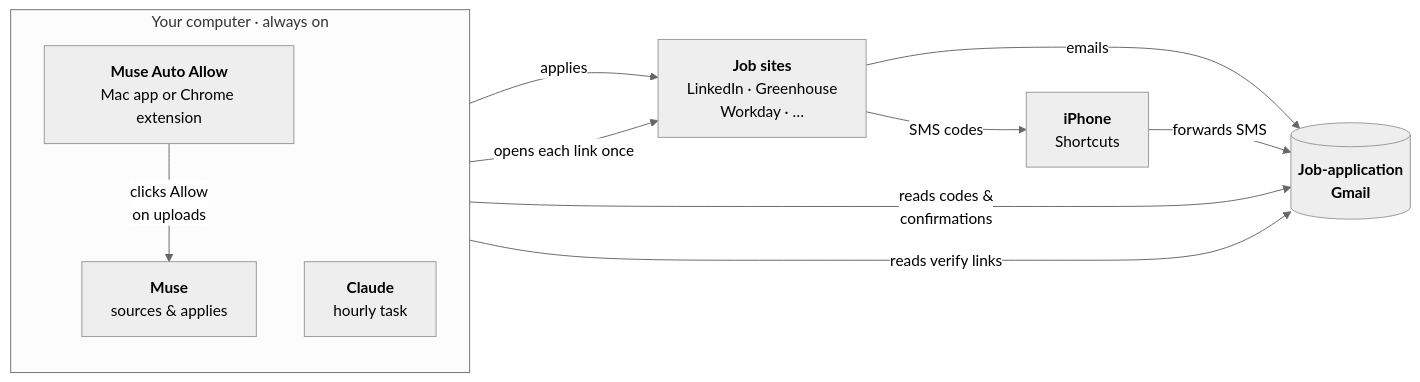
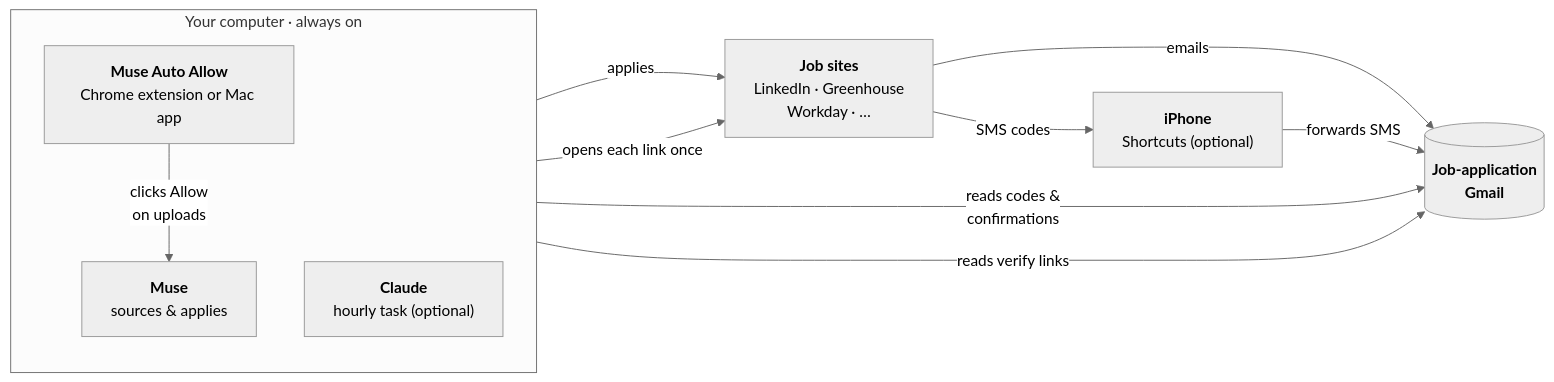
Before and after one commit to Dark417/muse-auto-job-apply: the diagram in README.en.md, drawn with Mermaid (neutral theme). The commit also changed other lines of this file and 4 other files, not shown here.

````diff
--- a/README.en.md
+++ b/README.en.md
@@ -37,22 +165,22 @@
 ```mermaid
 flowchart LR
     subgraph MAC["Your computer · always on"]
         direction TB
-        Allow["<b>Muse Auto Allow</b><br/>Mac app or Chrome extension"]
+        Allow["<b>Muse Auto Allow</b><br/>Chrome extension or Mac app"]
         Muse["<b>Muse</b><br/>sources &amp; applies"]
-        Claude["<b>Claude</b><br/>hourly task"]
+        Claude["<b>Claude</b><br/>hourly task (optional)"]
         Allow -- "clicks Allow<br/>on uploads" --> Muse
     end
 
     Jobs["<b>Job sites</b><br/>LinkedIn · Greenhouse<br/>Workday · …"]
-    Phone["<b>iPhone</b><br/>Shortcuts"]
+    Phone["<b>iPhone</b><br/>Shortcuts (optional)"]
     Gmail[("<b>Job-application<br/>Gmail</b>")]
 
     Muse -- "applies" --> Jobs
     Muse -- "reads codes &amp;<br/>confirmations" --> Gmail
     Claude -- "reads verify links" --> Gmail
     Claude -- "opens each link once" --> Jobs
     Jobs -- "emails" --> Gmail
     Jobs -- "SMS codes" --> Phone
     Phone -- "forwards SMS" --> Gmail
 ```
````
